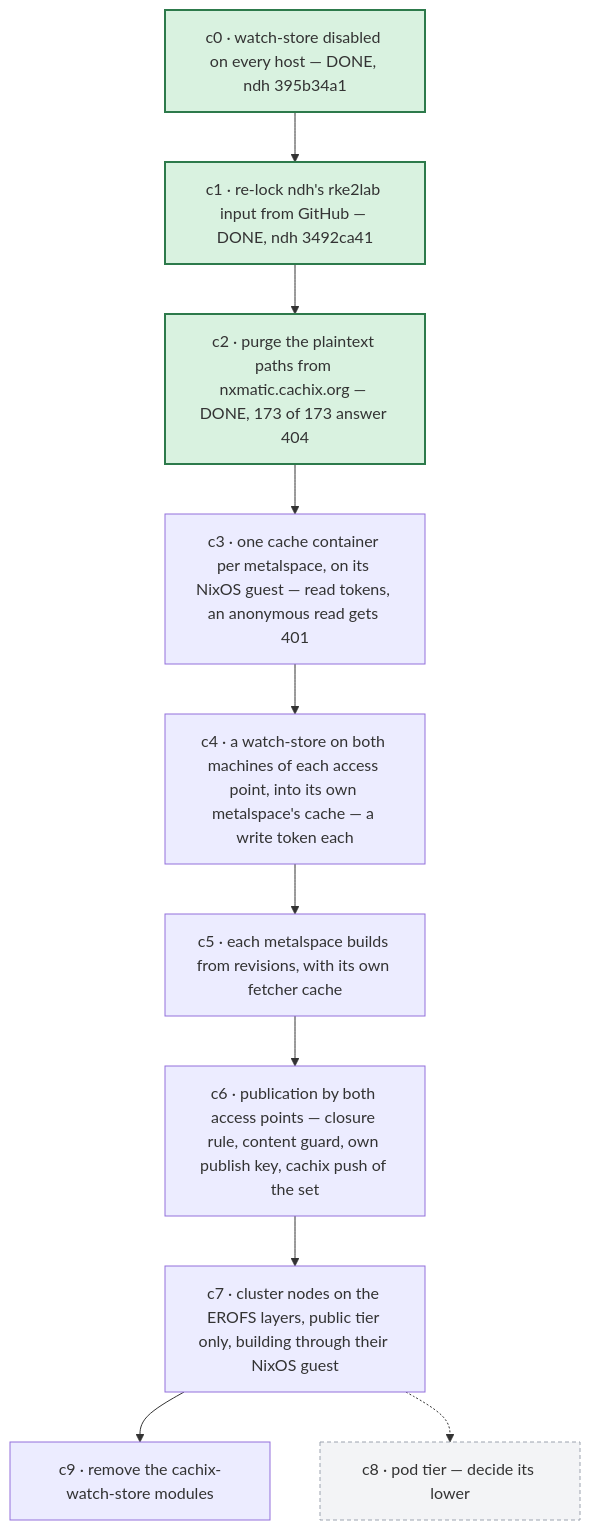
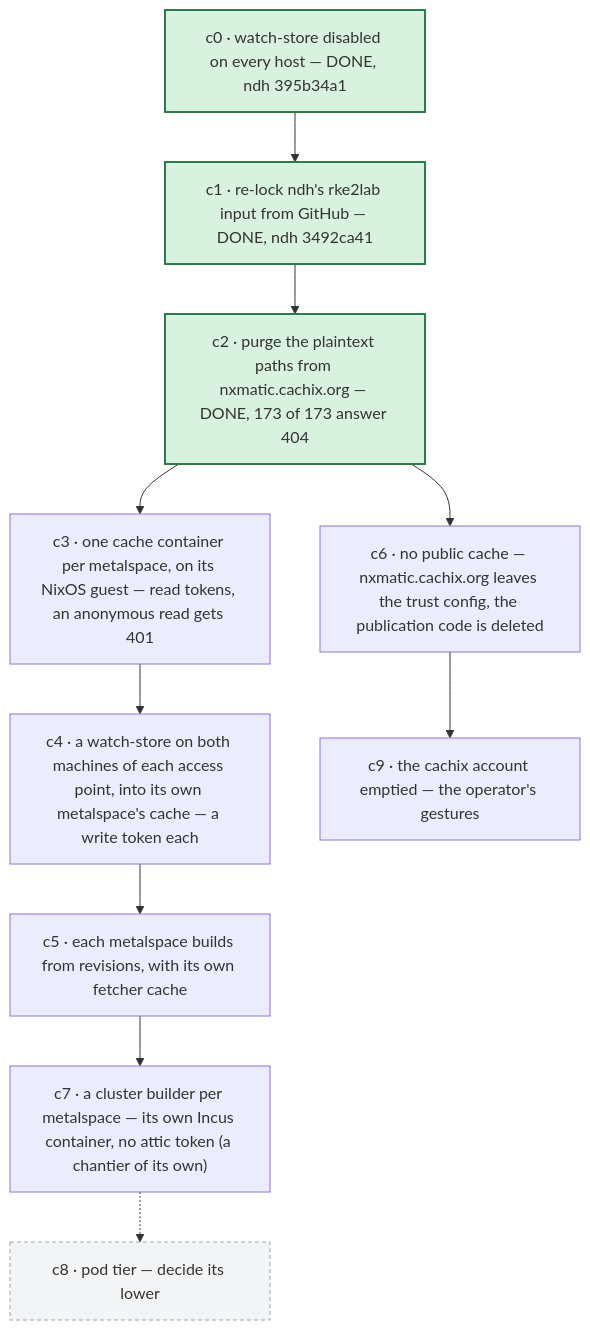
One commit to seedmatic/rke2lab changed the eighth of 8 diagrams in docs/architecture/atlas/fabric-control-plane.adoc. Above: the diagram before and after it, drawn with Mermaid. The commit also changed other lines of this file, not shown here.

First line of the commit message:
docs(atlas): the private binary cache, private only, with a cluster builder per metalspace

```diff
--- a/docs/architecture/atlas/fabric-control-plane.adoc
+++ b/docs/architecture/atlas/fabric-control-plane.adoc
@@ -543,19 +546,20 @@
 [mermaid]
 ....
 flowchart TB
   c0["c0 · watch-store disabled on every host — DONE, ndh 395b34a1"]:::done
   c1["c1 · re-lock ndh's rke2lab input from GitHub — DONE, ndh 3492ca41"]:::done
   c2["c2 · purge the plaintext paths from nxmatic.cachix.org — DONE, 173 of 173 answer 404"]:::done
   c3["c3 · one cache container per metalspace, on its NixOS guest — read tokens, an anonymous read gets 401"]
   c4["c4 · a watch-store on both machines of each access point, into its own metalspace's cache — a write token each"]
   c5["c5 · each metalspace builds from revisions, with its own fetcher cache"]
-  c6["c6 · publication by both access points — closure rule, content guard, own publish key, cachix push of the set"]
-  c7["c7 · cluster nodes on the EROFS layers, public tier only, building through their NixOS guest"]
+  c6["c6 · no public cache — nxmatic.cachix.org leaves the trust config, the publication code is deleted"]
+  c7["c7 · a cluster builder per metalspace — its own Incus container, no attic token (a chantier of its own)"]
   c8["c8 · pod tier — decide its lower"]:::later
-  c9["c9 · remove the cachix-watch-store modules"]
-  c0 --> c1 --> c2 --> c3 --> c4 --> c5 --> c6 --> c7 --> c9
+  c9["c9 · the cachix account emptied — the operator's gestures"]
+  c0 --> c1 --> c2 --> c3 --> c4 --> c5 --> c7
+  c2 --> c6 --> c9
   c7 -.-> c8
 
   classDef done fill:#d9f2e0,stroke:#2d7a4b,stroke-width:2px;
   classDef later fill:#f3f4f6,stroke:#9ca3af,stroke-dasharray:4 3;
 ....
```
